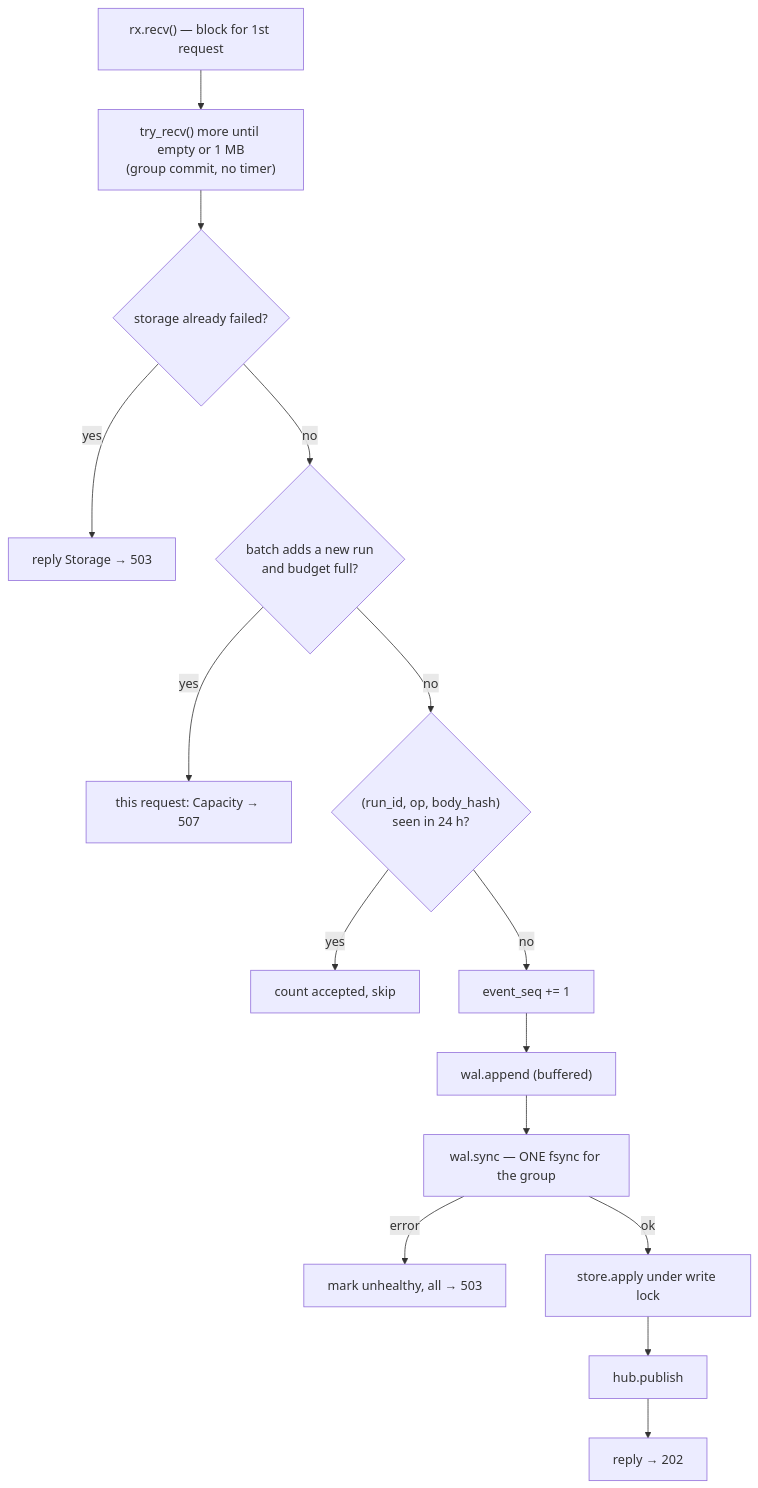
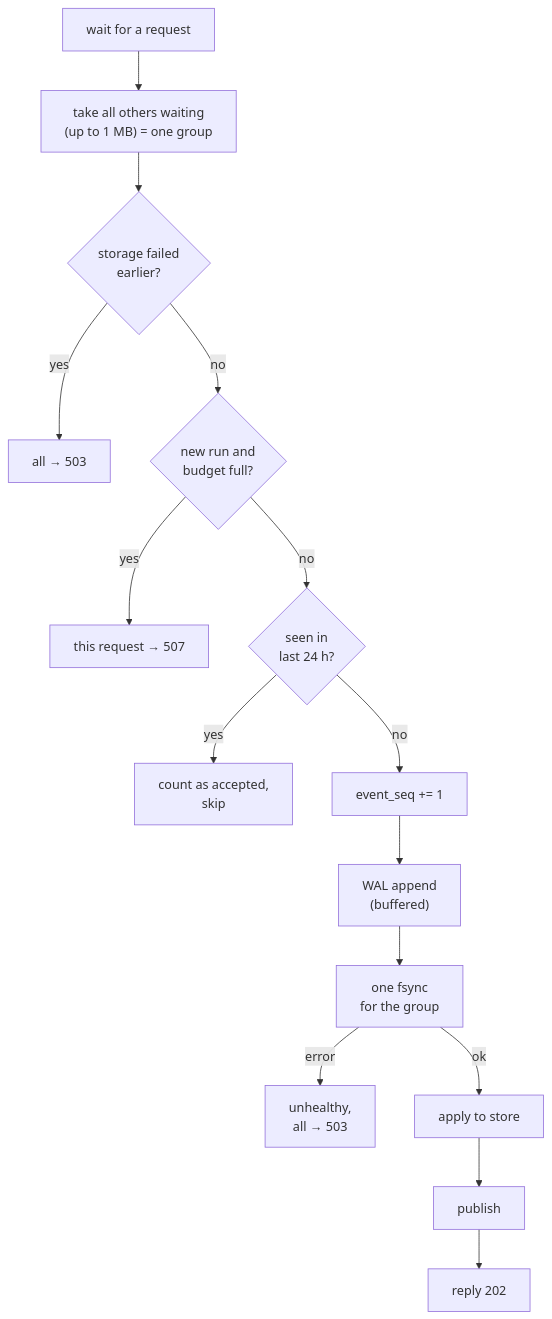
One commit to liukai/smithling changed the fourth of 8 diagrams in specs/001-m1-see-agent-trace-live/starter-guide.md. Above: the diagram before and after it, drawn with Mermaid. The commit also changed other lines of this file and 14 other files, not shown here.

````diff
--- a/specs/001-m1-see-agent-trace-live/starter-guide.md
+++ b/specs/001-m1-see-agent-trace-live/starter-guide.md
@@ -137,14 +140,17 @@
 ```mermaid
 flowchart TB
-    R["rx.recv() — block for 1st request"] --> G["try_recv() more until empty or 1 MB<br/>(group commit, no timer)"]
-    G --> H{"storage already failed?"}
-    H -->|yes| E503["reply Storage → 503"]
-    H -->|no| B{"batch adds a new run<br/>and budget full?"}
-    B -->|yes| E507["this request: Capacity → 507"]
-    B -->|no| DD{"(run_id, op, body_hash)<br/>seen in 24 h?"}
-    DD -->|yes| ACK["count accepted, skip"]
-    DD -->|no| SEQ["event_seq += 1"] --> AP["wal.append (buffered)"]
-    AP --> SY["wal.sync — ONE fsync for the group"]
-    SY -->|error| SICK["mark unhealthy, all → 503"]
-    SY -->|ok| APPLY["store.apply under write lock"] --> PUB["hub.publish"] --> REP["reply → 202"]
+    R["wait for a request"] --> G["take all others waiting<br/>(up to 1 MB) = one group"]
+    G --> H{"storage failed<br/>earlier?"}
+    H -->|yes| E503["all → 503"]
+    H -->|no| B{"new run and<br/>budget full?"}
+    B -->|yes| E507["this request → 507"]
+    B -->|no| DD{"seen in<br/>last 24 h?"}
+    DD -->|yes| ACK["count as accepted,<br/>skip"]
+    DD -->|no| SEQ["event_seq += 1"]
+    SEQ --> AP["WAL append<br/>(buffered)"]
+    AP --> SY["one fsync<br/>for the group"]
+    SY -->|error| SICK["unhealthy,<br/>all → 503"]
+    SY -->|ok| APPLY["apply to store"]
+    APPLY --> PUB["publish"]
+    PUB --> REP["reply 202"]
 ```
````
